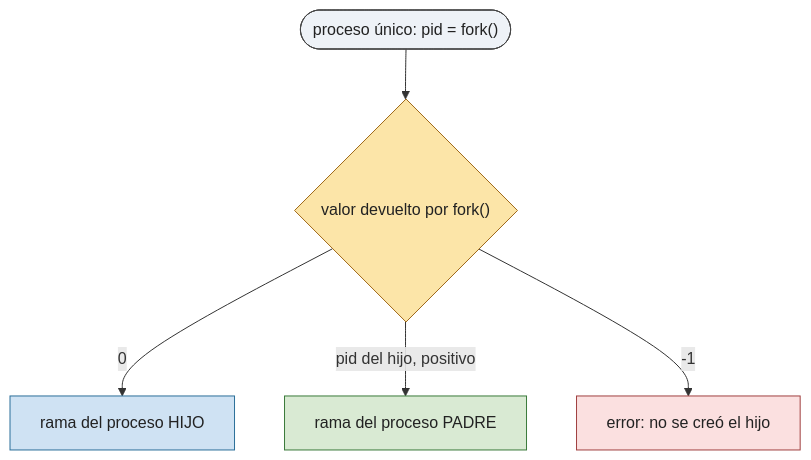
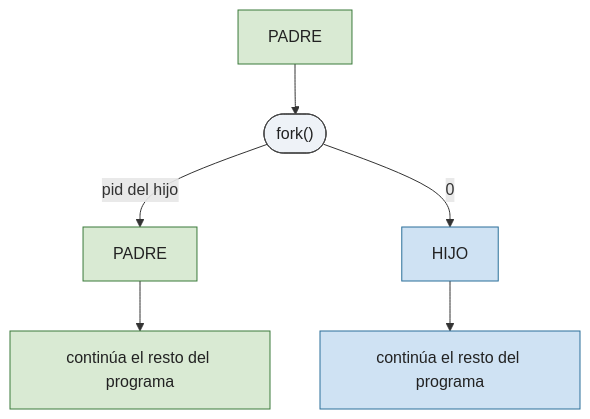
The first of 4 diagrams in PRACTICA/02-procesos-e-hilos/README.md (asiermarzo/ssoo), drawn with Mermaid before and after one commit. The commit also changed other lines of this file and 6 other files, not shown here.

````diff
--- a/PRACTICA/02-procesos-e-hilos/README.md
+++ b/PRACTICA/02-procesos-e-hilos/README.md
@@ -50,19 +56,16 @@
 ```mermaid
 flowchart TD
-    U(["proceso único: pid = fork()"]) --> R{"valor devuelto por fork()"}
-    R -->|"0"| H["rama del proceso HIJO"]
-    R -->|"pid del hijo, positivo"| P["rama del proceso PADRE"]
-    R -->|"-1"| E["error: no se creó el hijo"]
+    Padre["PADRE"] --> F(["fork()"])
+    F -->|"pid del hijo"| P["PADRE"]
+    F -->|"0"| H["HIJO"]
+    P --> P2["continúa el resto del programa"]
+    H --> H2["continúa el resto del programa"]
 
     classDef inicio fill:#eef2f7,stroke:#444,color:#222;
-    classDef decision fill:#fce5a8,stroke:#a06a1a,color:#222;
+    classDef padre fill:#d9ead3,stroke:#3a7a3a,color:#222;
     classDef hijo fill:#cfe2f3,stroke:#2b6f99,color:#222;
-    classDef padre fill:#d9ead3,stroke:#3a7a3a,color:#222;
-    classDef error fill:#fbe0e0,stroke:#a04040,color:#222;
 
-    class U inicio;
-    class R decision;
-    class H hijo;
-    class P padre;
-    class E error;
+    class F inicio;
+    class Padre,P,P2 padre;
+    class H,H2 hijo;
 ```
````
